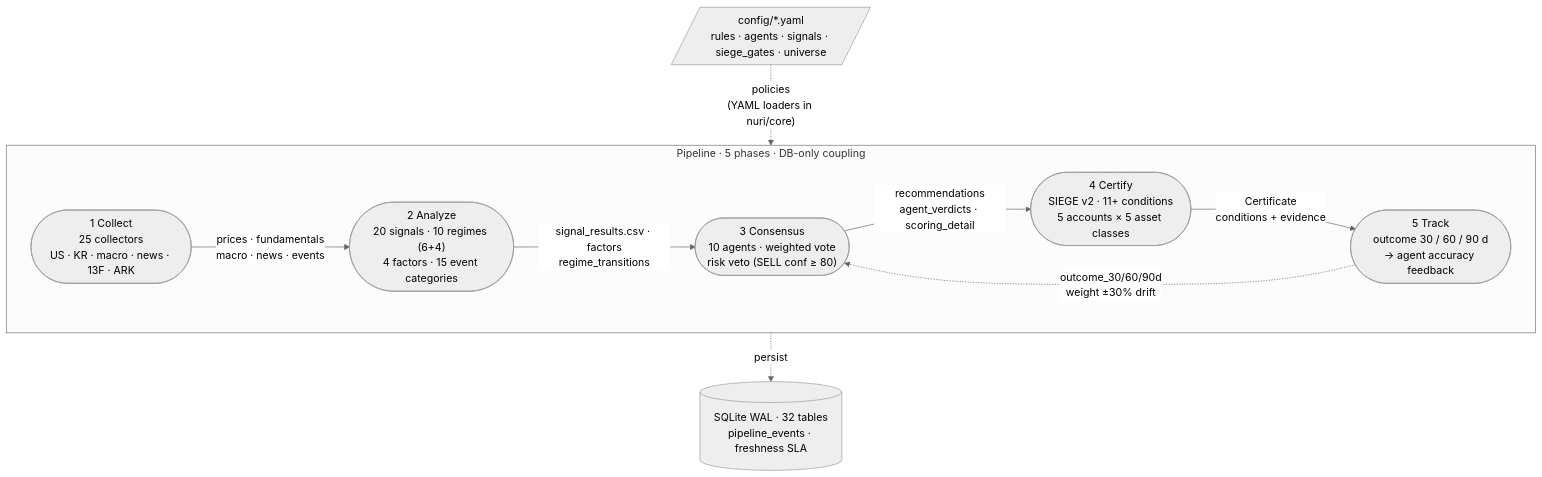
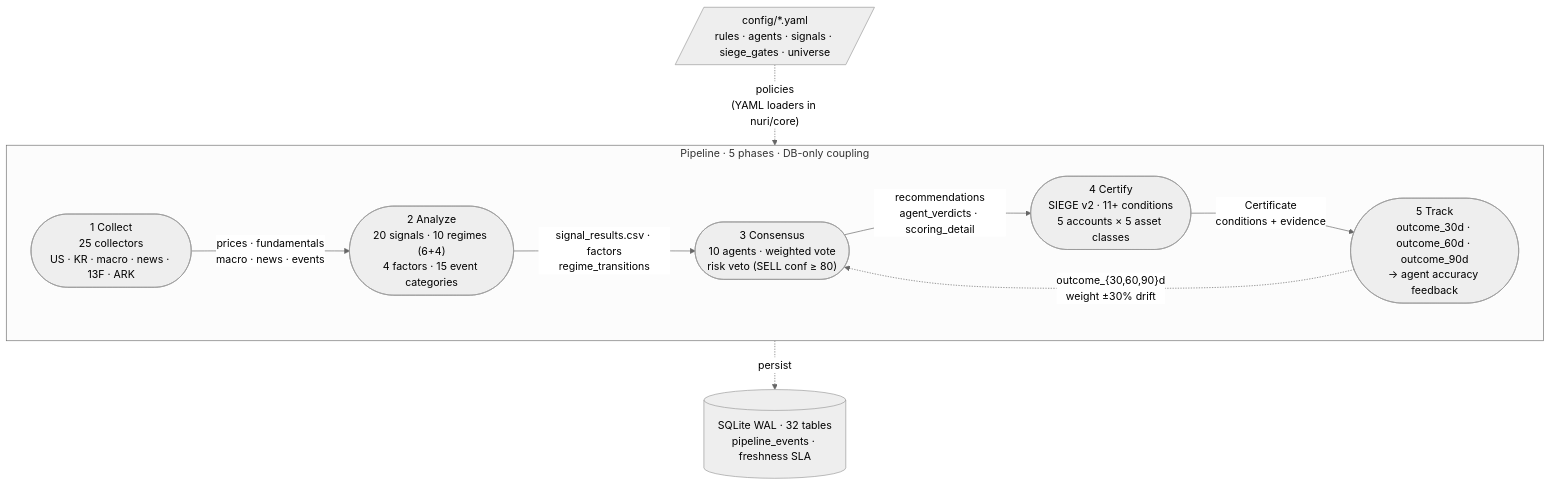
One commit to researcherhojin/nuri-quant changed the diagram in README.md. Above: the diagram before and after it, drawn with Mermaid (neutral theme). The commit also changed 1 other file, not shown here.

Commit message:
docs(readme): codex round 1 fix — exact outcome_*d columns + prompts/ convention
README.md:
Round 1 found `outcome 30 / 60 / 90 d` and `outcome_30/60/90d` were
shorthand — real columns are `outcome_30d` / `outcome_60d` / `outcome_90d`
(nuri/core/db.py:335-337, 649-651). Stage node spells all three; feedback
edge uses brace expansion `outcome_{30,60,90}d` for compactness.

All other numeric claims APPROVED by codex (25 collectors · 20 signals ·
10 regimes (6+4) · 4 factors · 15 event categories · 10 agents · SELL
veto ≥ 80 · 11 cert conditions · 5 accounts · 5 asset classes · 32 tables
· ±30% drift).

scripts/codex_review.sh docstring (bundled — trivial):
Per user ask 2026-04-18, codex prompt drafts now live under project-local
`codex-reviews/prompts/` instead of `/tmp/`. codex-reviews/ is already
gitignored, so prompts accumulate across sessions without polluting git.
19 existing /tmp/codex-*.txt files moved. 3-5 min timebox guidance added.

Round 1 archive: codex-reviews/PR390-round1-20260417T201751Z.md

````diff
--- a/README.md
+++ b/README.md
@@ -19,24 +19,24 @@
 ```mermaid
 flowchart TD
     CFG[/"config/*.yaml<br/>rules · agents · signals · siege_gates · universe"/]
 
     subgraph Pipeline["Pipeline · 5 phases · DB-only coupling"]
         direction LR
         A(["1 Collect<br/>25 collectors<br/>US · KR · macro · news · 13F · ARK"])
         B(["2 Analyze<br/>20 signals · 10 regimes (6+4)<br/>4 factors · 15 event categories"])
         C(["3 Consensus<br/>10 agents · weighted vote<br/>risk veto (SELL conf ≥ 80)"])
         D(["4 Certify<br/>SIEGE v2 · 11+ conditions<br/>5 accounts × 5 asset classes"])
-        E(["5 Track<br/>outcome 30 / 60 / 90 d<br/>→ agent accuracy feedback"])
+        E(["5 Track<br/>outcome_30d · outcome_60d · outcome_90d<br/>→ agent accuracy feedback"])
 
         A -- "prices · fundamentals<br/>macro · news · events" --> B
         B -- "signal_results.csv · factors<br/>regime_transitions" --> C
         C -- "recommendations<br/>agent_verdicts · scoring_detail" --> D
         D -- "Certificate<br/>conditions + evidence" --> E
-        E -. "outcome_30/60/90d<br/>weight ±30% drift" .-> C
+        E -. "outcome_{30,60,90}d<br/>weight ±30% drift" .-> C
     end
 
     DB[("SQLite WAL · 32 tables<br/>pipeline_events · freshness SLA")]
 
     CFG -. "policies<br/>(YAML loaders in nuri/core)" .-> Pipeline
     Pipeline -. persist .-> DB
 ```
````
